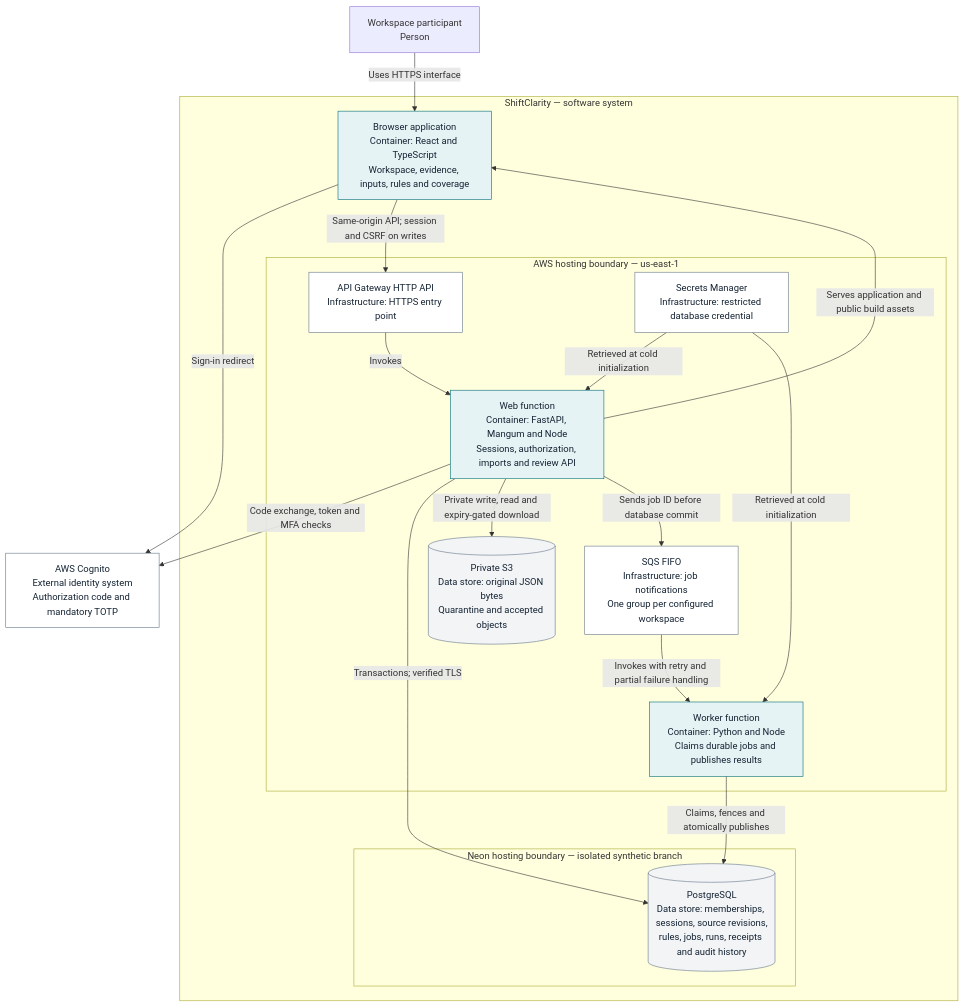
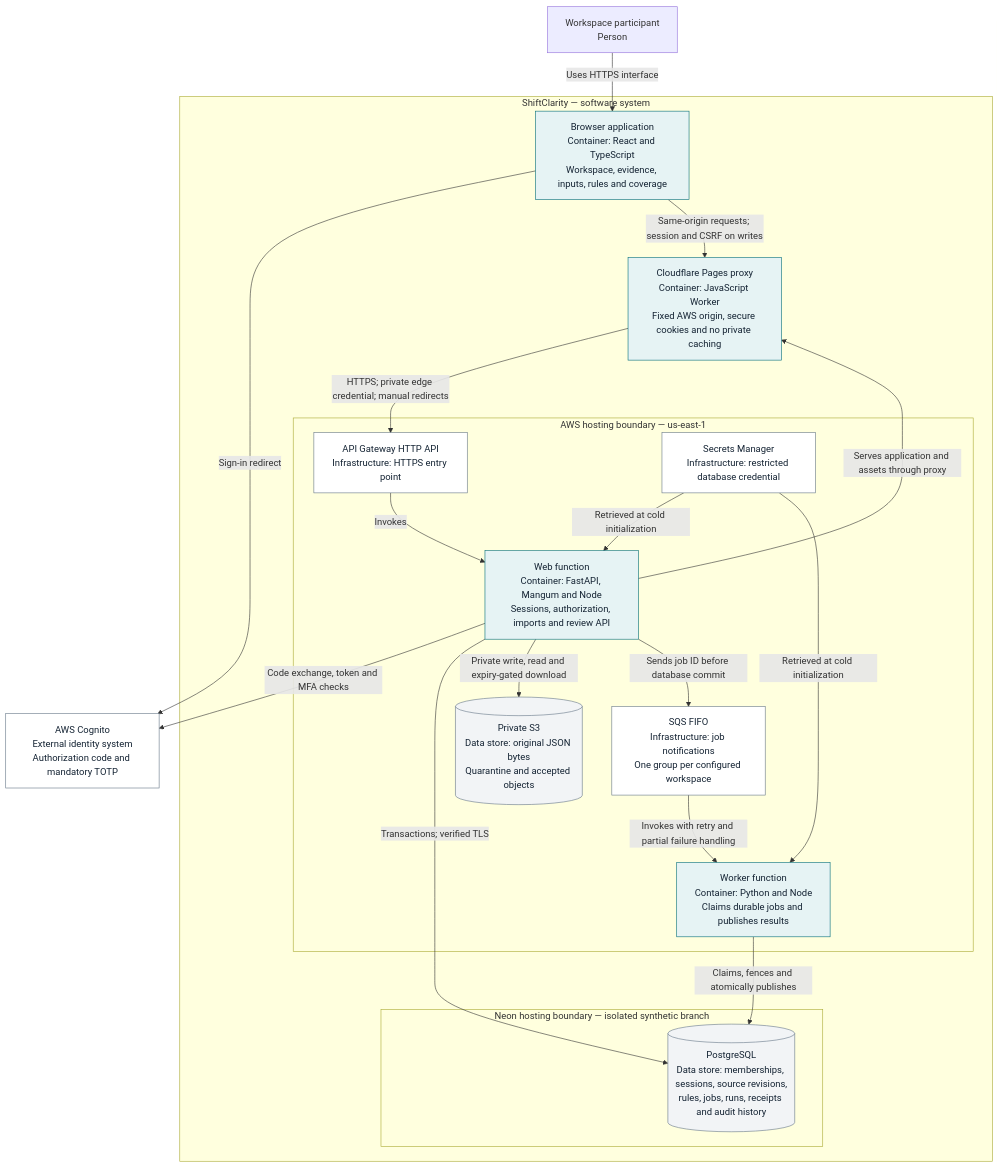
Before and after one commit to manynames3/ShiftClarity: the second of 3 diagrams in docs/architecture/README.md, drawn with Mermaid. The commit also changed other lines of this file and 21 other files, not shown here.

Commit message:
Serve the full synthetic pilot through Cloudflare Pages

````diff
--- a/docs/architecture/README.md
+++ b/docs/architecture/README.md
@@ -40,43 +40,46 @@
 ```mermaid
 flowchart TB
     user["Workspace participant<br/>Person"]
     cognito["AWS Cognito<br/>External identity system<br/>Authorization code and mandatory TOTP"]
 
     subgraph sc["ShiftClarity — software system"]
         ui["Browser application<br/>Container: React and TypeScript<br/>Workspace, evidence, inputs, rules and coverage"]
+
+        edge["Cloudflare Pages proxy<br/>Container: JavaScript Worker<br/>Fixed AWS origin, secure cookies and no private caching"]
 
         subgraph aws["AWS hosting boundary — us-east-1"]
             gateway["API Gateway HTTP API<br/>Infrastructure: HTTPS entry point"]
             web["Web function<br/>Container: FastAPI, Mangum and Node<br/>Sessions, authorization, imports and review API"]
             queue["SQS FIFO<br/>Infrastructure: job notifications<br/>One group per configured workspace"]
             worker["Worker function<br/>Container: Python and Node<br/>Claims durable jobs and publishes results"]
             objects[("Private S3<br/>Data store: original JSON bytes<br/>Quarantine and accepted objects")]
             secrets["Secrets Manager<br/>Infrastructure: restricted database credential"]
         end
 
         subgraph neon["Neon hosting boundary — isolated synthetic branch"]
             db[("PostgreSQL<br/>Data store: memberships, sessions, source revisions,<br/>rules, jobs, runs, receipts and audit history")]
         end
     end
 
     user -->|"Uses HTTPS interface"| ui
     ui -->|"Sign-in redirect"| cognito
-    ui -->|"Same-origin API; session and CSRF on writes"| gateway
+    ui -->|"Same-origin requests; session and CSRF on writes"| edge
+    edge -->|"HTTPS; private edge credential; manual redirects"| gateway
     gateway -->|"Invokes"| web
     web -->|"Code exchange, token and MFA checks"| cognito
-    web -->|"Serves application and public build assets"| ui
+    web -->|"Serves application and assets through proxy"| edge
     web -->|"Transactions; verified TLS"| db
     web -->|"Private write, read and expiry-gated download"| objects
     web -->|"Sends job ID before database commit"| queue
     queue -->|"Invokes with retry and partial failure handling"| worker
     worker -->|"Claims, fences and atomically publishes"| db
     secrets -->|"Retrieved at cold initialization"| web
     secrets -->|"Retrieved at cold initialization"| worker
 
     classDef app fill:#e6f3f4,stroke:#006C78,color:#142333;
     classDef store fill:#f2f4f6,stroke:#667788,color:#142333;
     classDef infra fill:#ffffff,stroke:#667788,color:#142333;
-    class ui,web,worker app;
+    class ui,edge,web,worker app;
     class db,objects store;
     class gateway,queue,secrets,cognito infra;
 ```
````
